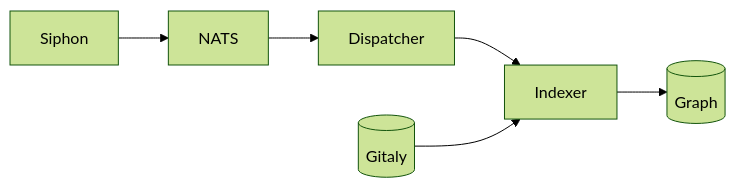
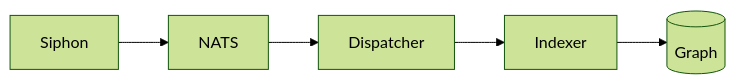
The first of 7 diagrams in docs/pages/engineering/architecture/indexing/code-indexing.md (gitlabhq/orbit-knowledge-graph), drawn with Mermaid (forest theme) before and after one commit. The commit also changed other lines of this file and 8 other files, not shown here.

Commit message:
docs(testing): rewrite the end-to-end page and use banner diagrams

````diff
--- a/docs/pages/engineering/architecture/indexing/code-indexing.md
+++ b/docs/pages/engineering/architecture/indexing/code-indexing.md
@@ -23,5 +23,4 @@
 ```mermaid
 flowchart LR
     Siphon --> NATS --> Dispatcher --> Indexer --> Graph[(Graph)]
-    Gitaly[(Gitaly)] --> Indexer
 ```
````
